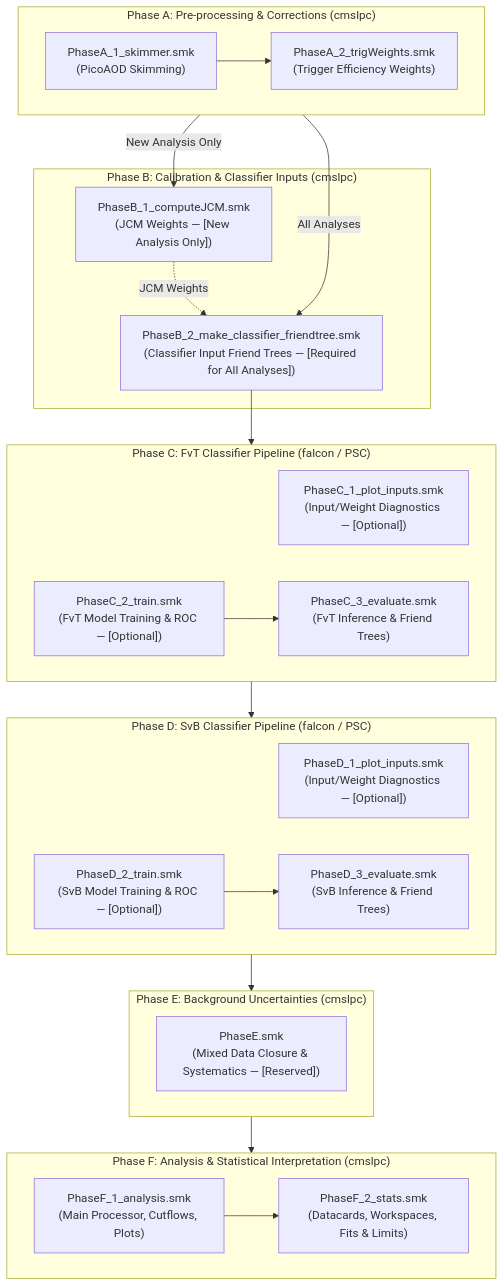
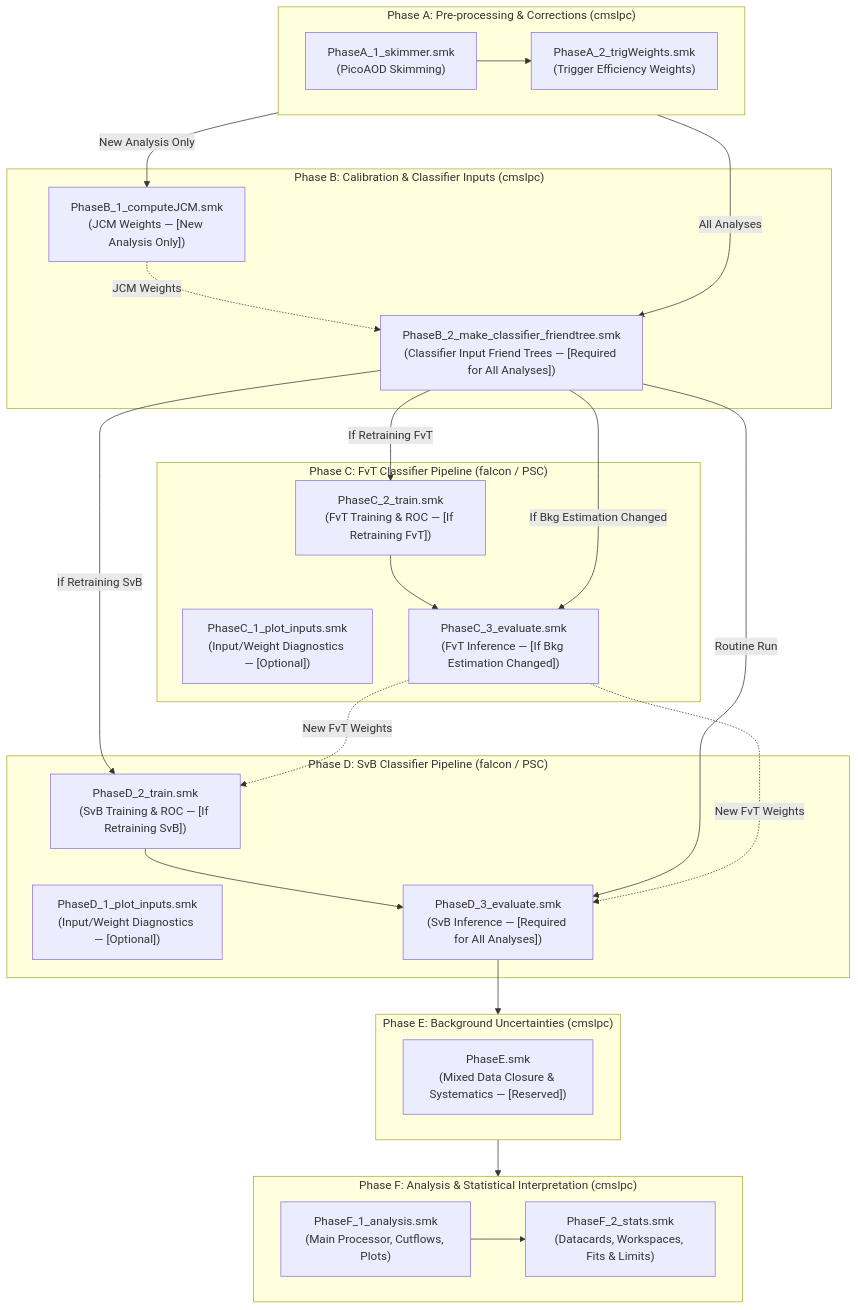
The diagram in workflows/README.md (cms-cmu/coffea4bees), drawn with Mermaid before and after one commit. The commit also changed other lines of this file, not shown here.

Commit message:
docs: detail execution conditions for Phase C/D training vs evaluation

````diff
--- a/workflows/README.md
+++ b/workflows/README.md
@@ -27,37 +27,44 @@
 ```mermaid
 flowchart TD
     subgraph PhaseA["Phase A: Pre-processing & Corrections (cmslpc)"]
         A1["PhaseA_1_skimmer.smk\n(PicoAOD Skimming)"] --> A2["PhaseA_2_trigWeights.smk\n(Trigger Efficiency Weights)"]
     end
 
     subgraph PhaseB["Phase B: Calibration & Classifier Inputs (cmslpc)"]
         B1["PhaseB_1_computeJCM.smk\n(JCM Weights — [New Analysis Only])"]
         B2["PhaseB_2_make_classifier_friendtree.smk\n(Classifier Input Friend Trees — [Required for All Analyses])"]
     end
 
     subgraph PhaseC["Phase C: FvT Classifier Pipeline (falcon / PSC)"]
         C1["PhaseC_1_plot_inputs.smk\n(Input/Weight Diagnostics — [Optional])"]
-        C2["PhaseC_2_train.smk\n(FvT Model Training & ROC — [Optional])"] --> C3["PhaseC_3_evaluate.smk\n(FvT Inference & Friend Trees)"]
+        C2["PhaseC_2_train.smk\n(FvT Training & ROC — [If Retraining FvT])"] --> C3["PhaseC_3_evaluate.smk\n(FvT Inference — [If Bkg Estimation Changed])"]
     end
 
     subgraph PhaseD["Phase D: SvB Classifier Pipeline (falcon / PSC)"]
         D1["PhaseD_1_plot_inputs.smk\n(Input/Weight Diagnostics — [Optional])"]
-        D2["PhaseD_2_train.smk\n(SvB Model Training & ROC — [Optional])"] --> D3["PhaseD_3_evaluate.smk\n(SvB Inference & Friend Trees)"]
+        D2["PhaseD_2_train.smk\n(SvB Training & ROC — [If Retraining SvB])"] --> D3["PhaseD_3_evaluate.smk\n(SvB Inference — [Required for All Analyses])"]
     end
 
     subgraph PhaseE["Phase E: Background Uncertainties (cmslpc)"]
         E1["PhaseE.smk\n(Mixed Data Closure & Systematics — [Reserved])"]
     end
 
     subgraph PhaseF["Phase F: Analysis & Statistical Interpretation (cmslpc)"]
         F1["PhaseF_1_analysis.smk\n(Main Processor, Cutflows, Plots)"] --> F2["PhaseF_2_stats.smk\n(Datacards, Workspaces, Fits & Limits)"]
     end
 
     PhaseA -->|New Analysis Only| B1
     PhaseA -->|All Analyses| B2
     B1 -.->|JCM Weights| B2
-    B2 --> PhaseC
-    PhaseC --> PhaseD
-    PhaseD --> PhaseE
+    
+    B2 -->|If Retraining FvT| C2
+    B2 -->|If Bkg Estimation Changed| C3
+    B2 -->|If Retraining SvB| D2
+    B2 -->|Routine Run| D3
+    
+    C3 -.->|New FvT Weights| D2
+    C3 -.->|New FvT Weights| D3
+    
+    D3 --> PhaseE
     PhaseE --> PhaseF
 ```
````
